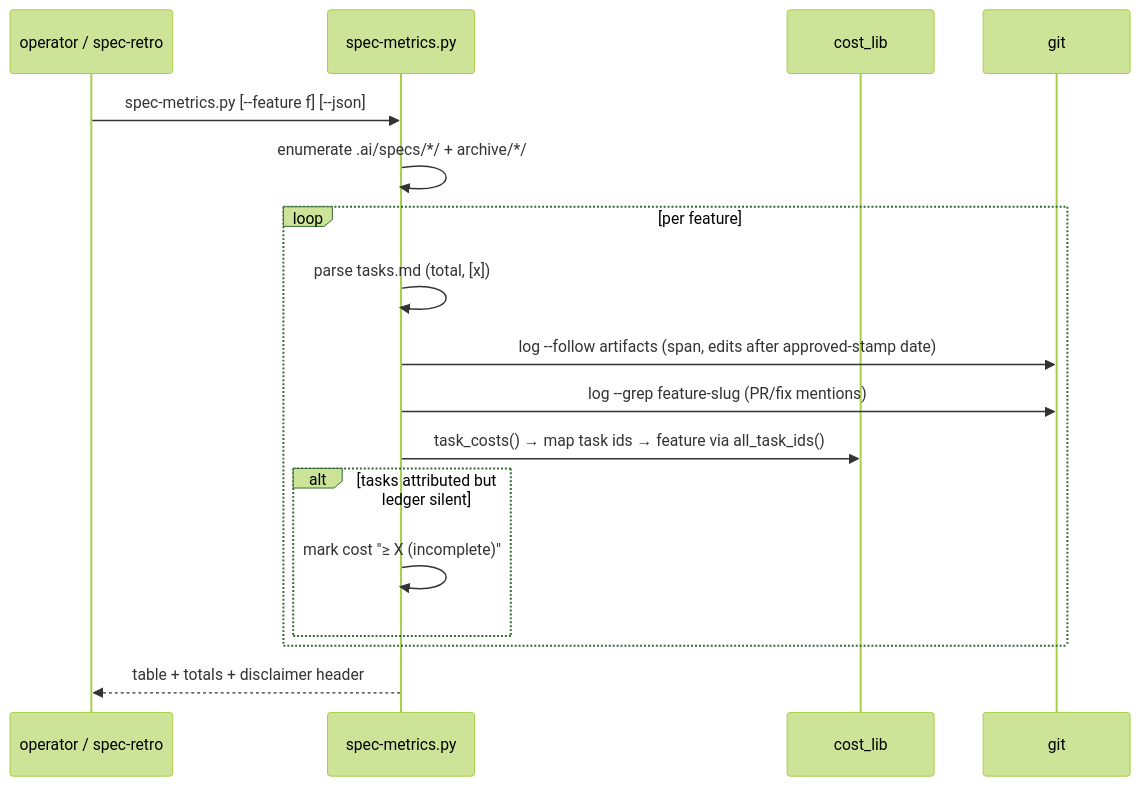
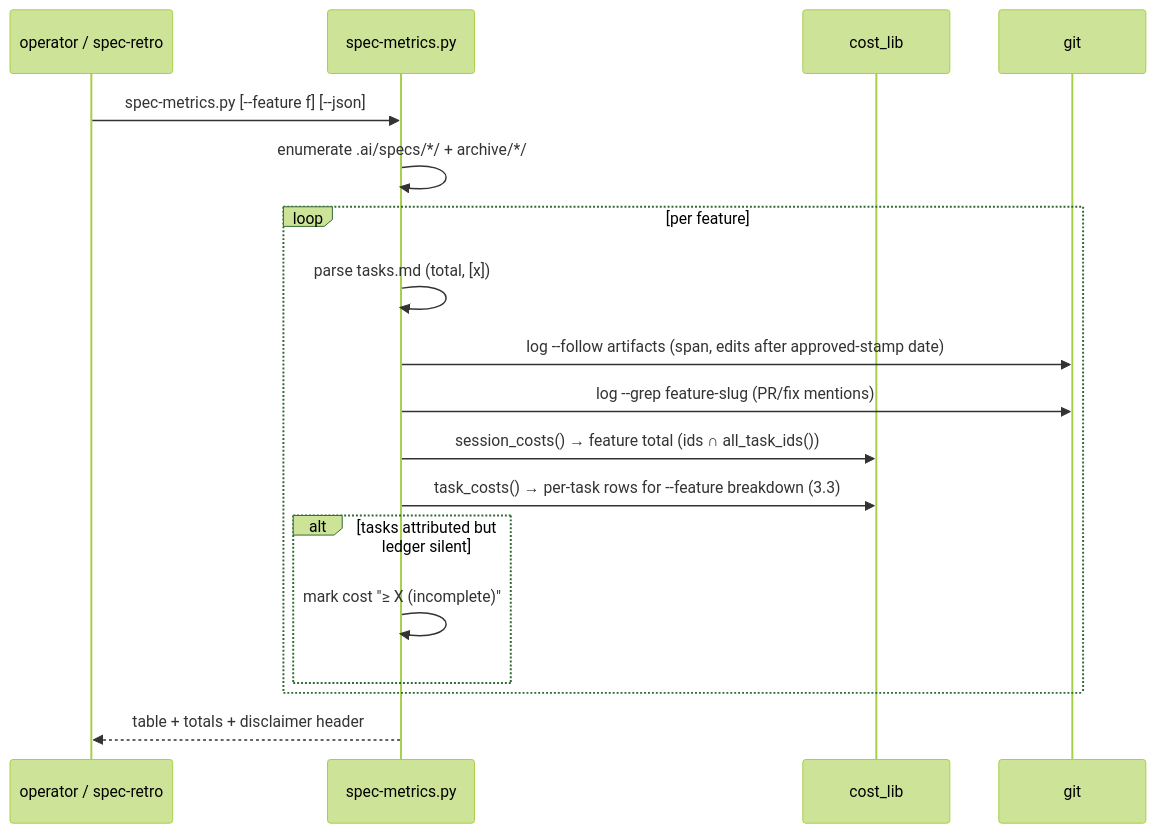
One commit to metrodiesign/spec-driven-development changed the diagram in .ai/specs/sdd-spec-metrics/design.md. Above: the diagram before and after it, drawn with Mermaid (forest theme). The commit also changed other lines of this file and 4 other files, not shown here.

````diff
--- a/.ai/specs/sdd-spec-metrics/design.md
+++ b/.ai/specs/sdd-spec-metrics/design.md
@@ -32,20 +32,21 @@
 ```mermaid
 sequenceDiagram
     participant U as operator / spec-retro
     participant M as spec-metrics.py
     participant CL as cost_lib
     participant G as git
 
     U->>M: spec-metrics.py [--feature f] [--json]
     M->>M: enumerate .ai/specs/*/ + archive/*/
     loop per feature
         M->>M: parse tasks.md (total, [x])
         M->>G: log --follow artifacts (span, edits after approved-stamp date)
         M->>G: log --grep feature-slug (PR/fix mentions)
-        M->>CL: task_costs() → map task ids → feature via all_task_ids()
+        M->>CL: session_costs() → feature total (ids ∩ all_task_ids())
+        M->>CL: task_costs() → per-task rows for --feature breakdown (3.3)
         alt tasks attributed but ledger silent
             M->>M: mark cost "≥ X (incomplete)"
         end
     end
     M-->>U: table + totals + disclaimer header
 ```
````
